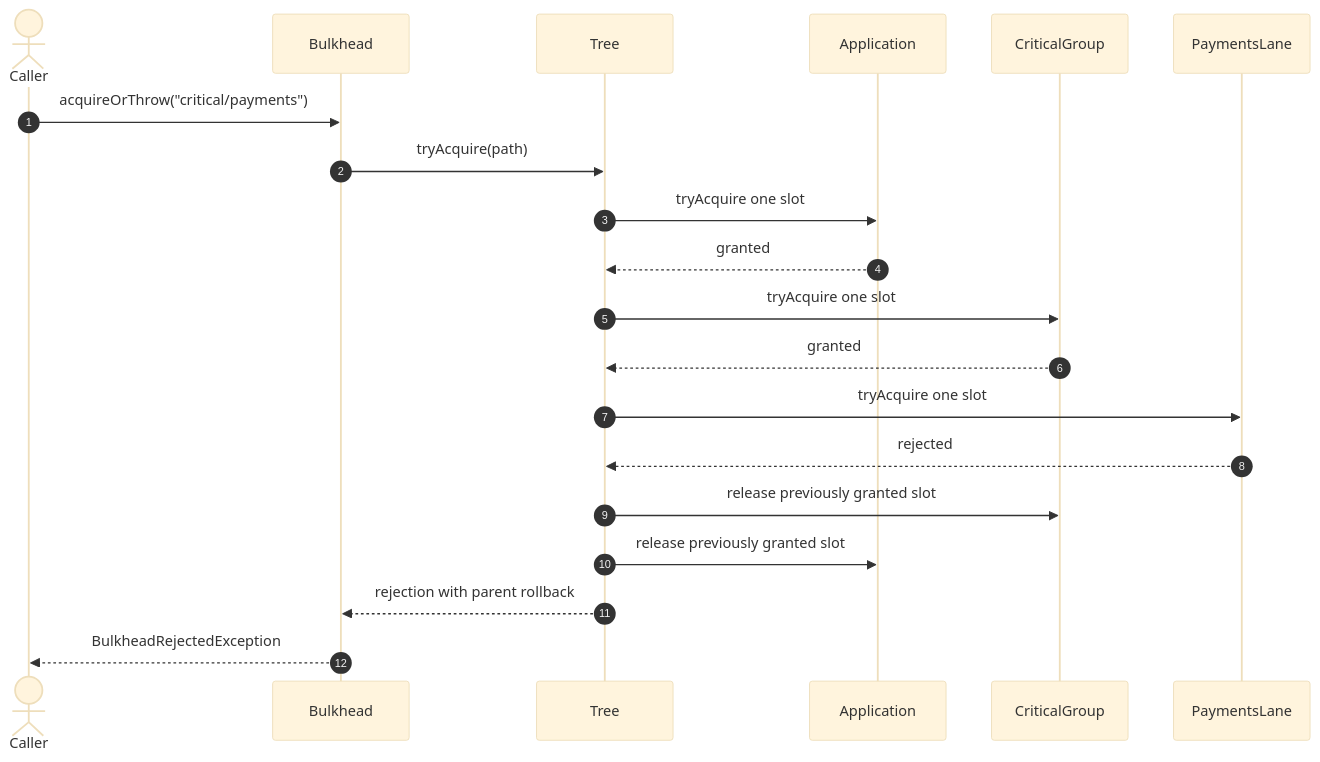
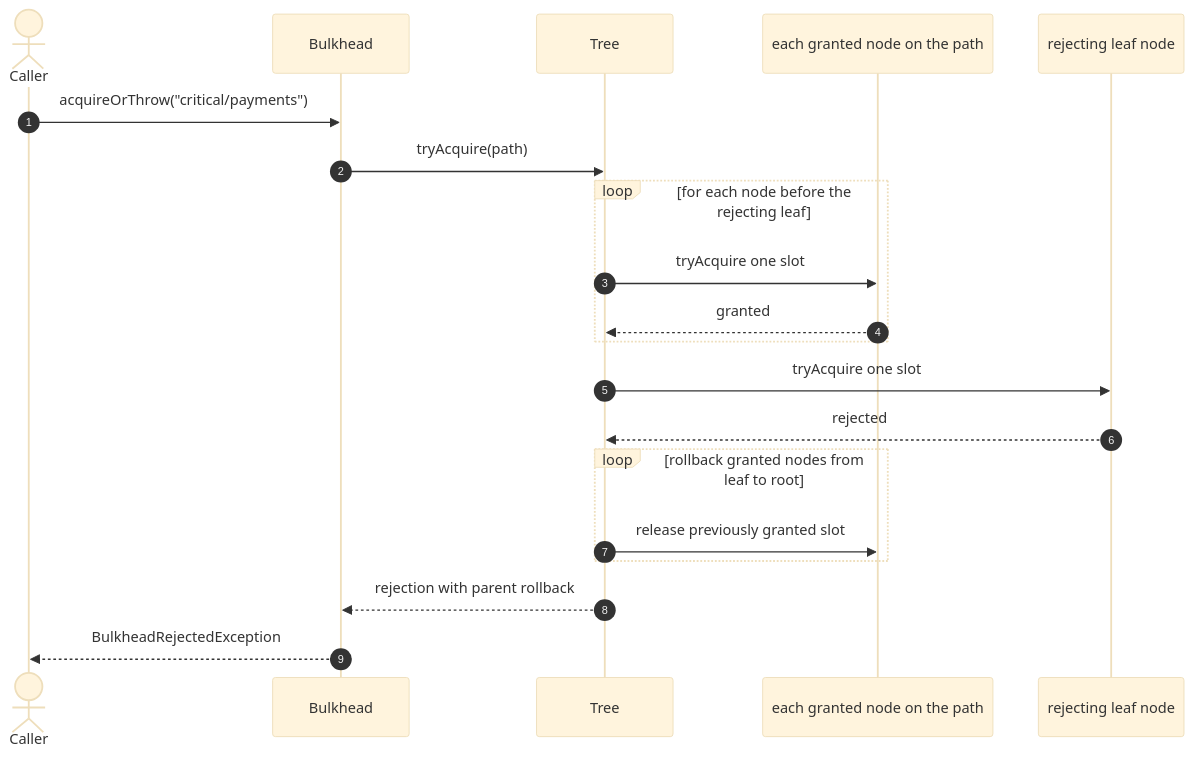
The fourth of 4 diagrams in docs/sequence-diagrams.md (rrobetti/adaptive-bulkhead), drawn with Mermaid (base theme) before and after one commit. The commit also changed other lines of this file, not shown here.

Commit message:
docs: show iteration in sequence diagrams

````diff
--- a/docs/sequence-diagrams.md
+++ b/docs/sequence-diagrams.md
@@ -105,22 +114,22 @@
 ```mermaid
 sequenceDiagram
     autonumber
     actor Caller
     participant Bulkhead
     participant Tree
-    participant Application
-    participant CriticalGroup
-    participant PaymentsLane
+    participant GrantedNode as each granted node on the path
+    participant RejectingNode as rejecting leaf node
     Caller->>Bulkhead: acquireOrThrow("critical/payments")
     Bulkhead->>Tree: tryAcquire(path)
-    Tree->>Application: tryAcquire one slot
-    Application-->>Tree: granted
-    Tree->>CriticalGroup: tryAcquire one slot
-    CriticalGroup-->>Tree: granted
-    Tree->>PaymentsLane: tryAcquire one slot
-    PaymentsLane-->>Tree: rejected
-    Tree->>CriticalGroup: release previously granted slot
-    Tree->>Application: release previously granted slot
+    loop for each node before the rejecting leaf
+        Tree->>GrantedNode: tryAcquire one slot
+        GrantedNode-->>Tree: granted
+    end
+    Tree->>RejectingNode: tryAcquire one slot
+    RejectingNode-->>Tree: rejected
+    loop rollback granted nodes from leaf to root
+        Tree->>GrantedNode: release previously granted slot
+    end
     Tree-->>Bulkhead: rejection with parent rollback
     Bulkhead-->>Caller: BulkheadRejectedException
 ```
````
